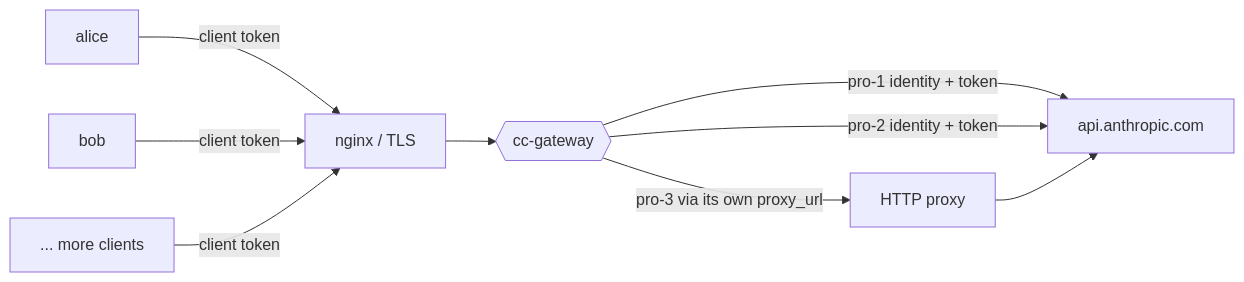
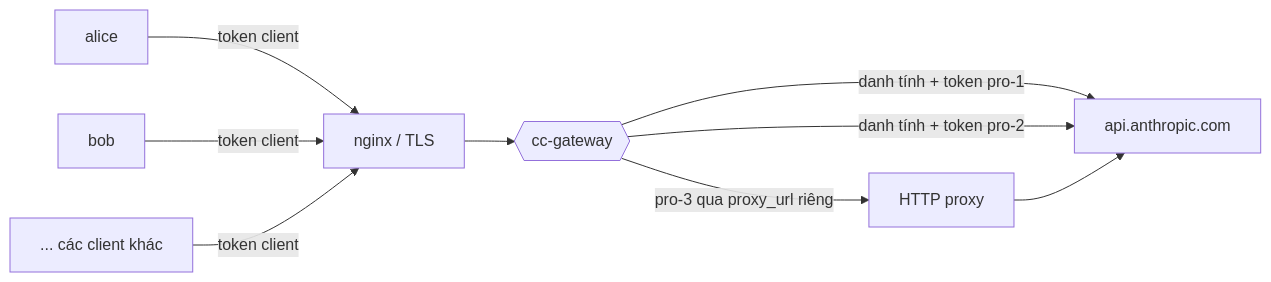
The first of 2 diagrams in README.md (vuluu2k/cc-gateway), drawn with Mermaid before and after one commit. The commit also changed other lines of this file and 1 other file, not shown here.

````diff
--- a/README.md
+++ b/README.md
@@ -221,8 +17,8 @@
 ```mermaid
 flowchart LR
-  A[alice] & B[bob] & C[... more clients] -->|client token| N[nginx / TLS]
+  A[alice] & B[bob] & C[... các client khác] -->|token client| N[nginx / TLS]
   N --> G{{cc-gateway}}
-  G -->|pro-1 identity + token| U[api.anthropic.com]
-  G -->|pro-2 identity + token| U
-  G -->|pro-3 via its own proxy_url| P[HTTP proxy] --> U
+  G -->|danh tính + token pro-1| U[api.anthropic.com]
+  G -->|danh tính + token pro-2| U
+  G -->|pro-3 qua proxy_url riêng| P[HTTP proxy] --> U
 ```
````
